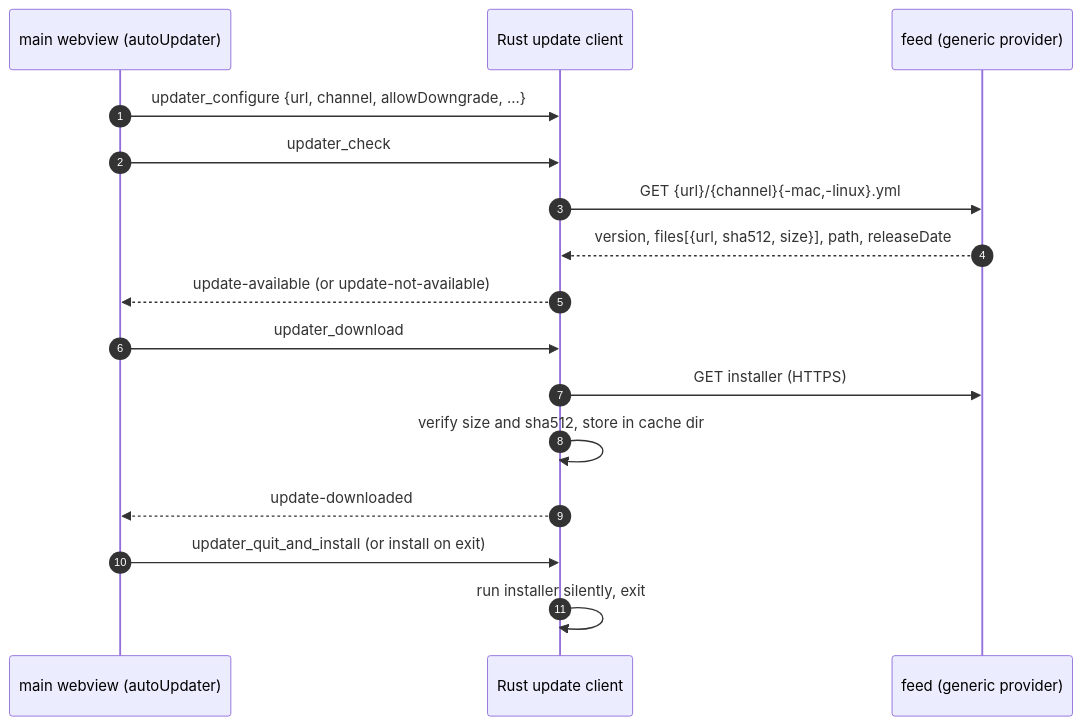
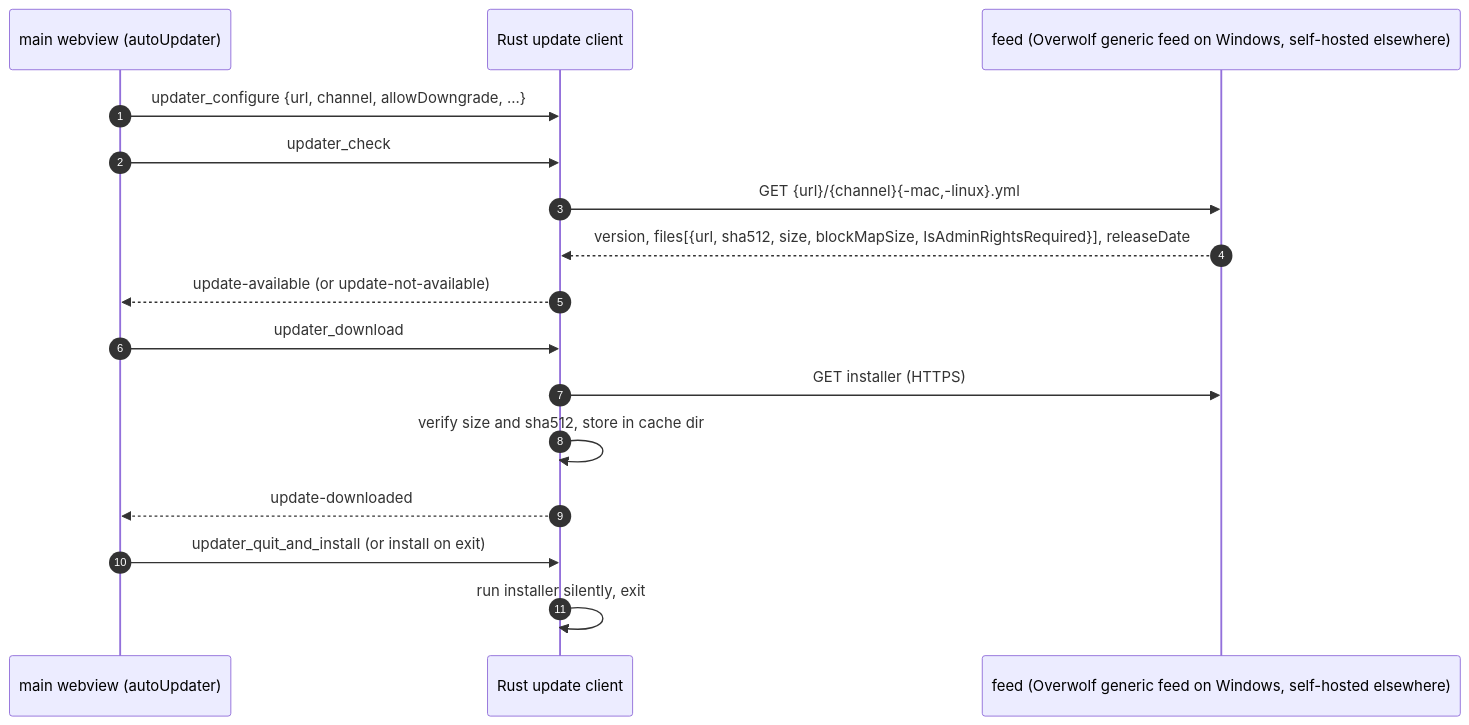
Before and after one commit to AlloryDante/ow-tauri: the ninth of 9 diagrams in docs/ARCHITECTURE.md, drawn with Mermaid. The commit also changed other lines of this file and 3 other files, not shown here.

First line of the commit message:
docs: align architecture, port map, README and changelog with the parity contract

````diff
--- a/docs/ARCHITECTURE.md
+++ b/docs/ARCHITECTURE.md
@@ -346,18 +383,18 @@
 ```mermaid
 sequenceDiagram
   autonumber
   participant M as main webview (autoUpdater)
   participant P as Rust update client
-  participant F as feed (generic provider)
+  participant F as feed (Overwolf generic feed on Windows, self-hosted elsewhere)
   M->>P: updater_configure {url, channel, allowDowngrade, ...}
   M->>P: updater_check
   P->>F: GET {url}/{channel}{-mac,-linux}.yml
-  F-->>P: version, files[{url, sha512, size}], path, releaseDate
+  F-->>P: version, files[{url, sha512, size, blockMapSize, IsAdminRightsRequired}], releaseDate
   P-->>M: update-available (or update-not-available)
   M->>P: updater_download
   P->>F: GET installer (HTTPS)
   P->>P: verify size and sha512, store in cache dir
   P-->>M: update-downloaded
   M->>P: updater_quit_and_install (or install on exit)
   P->>P: run installer silently, exit
 ```
````
